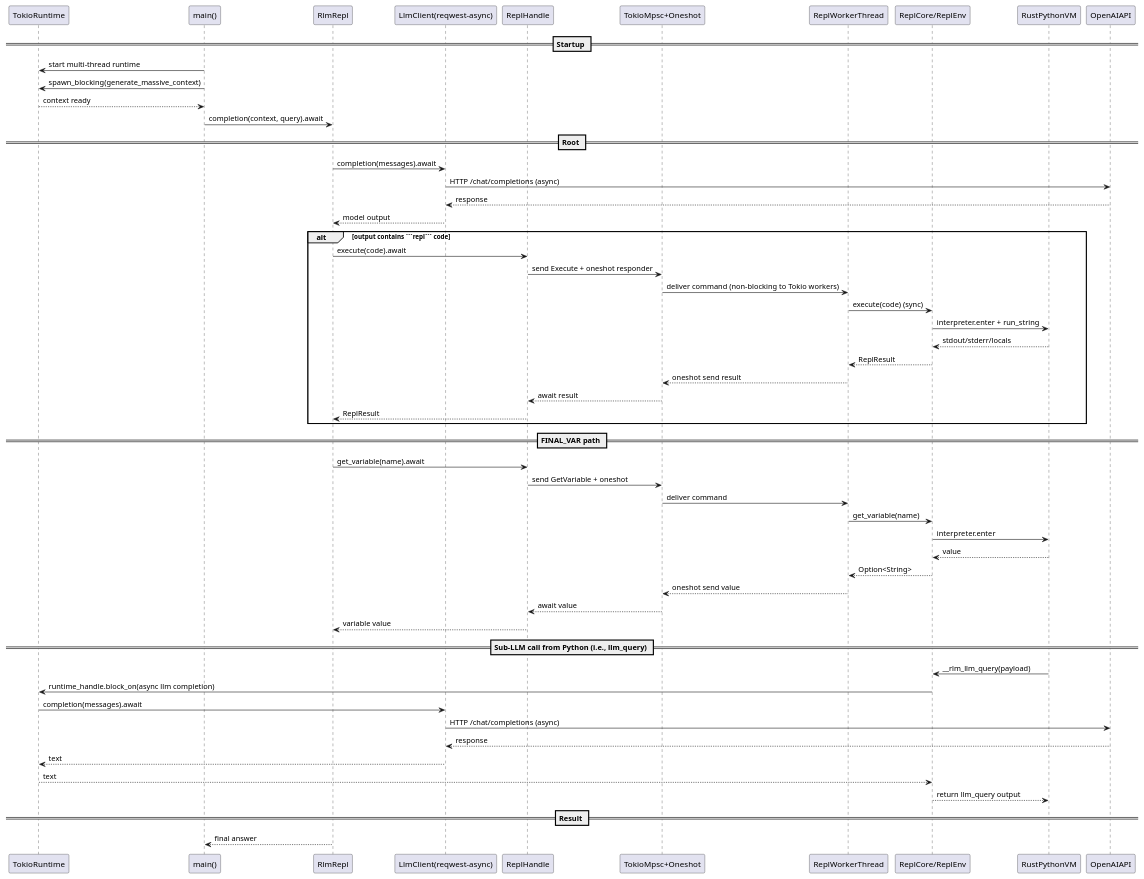
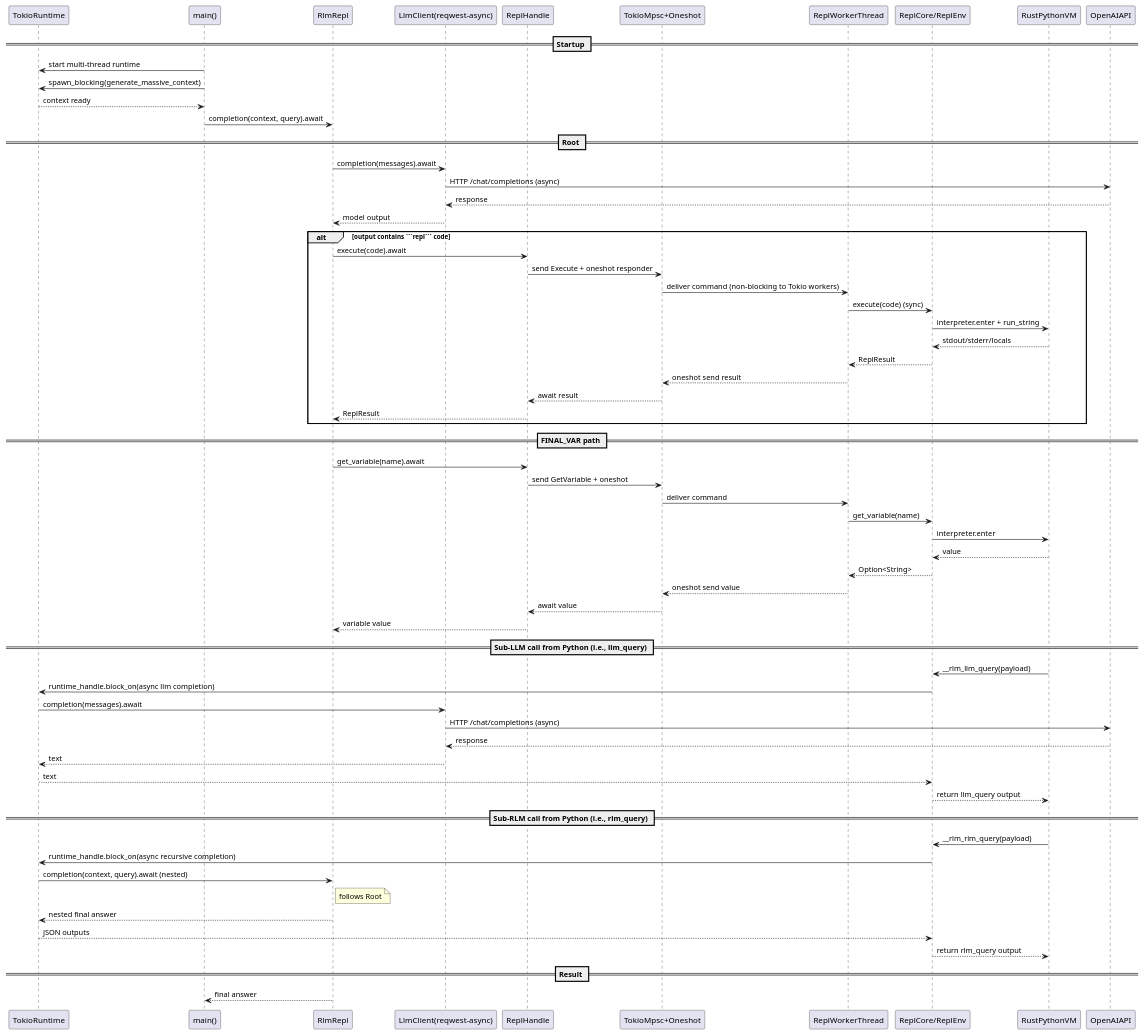
One commit to andrewhinh/rlm-rs changed the diagram in assets/uml/async.puml. Above: the diagram before and after it, drawn with PlantUML. The commit also changed 14 other files, not shown here.

````diff
--- a/assets/uml/async.puml
+++ b/assets/uml/async.puml
@@ -1,63 +1,74 @@
 @startuml
 participant "TokioRuntime" as Tokio
 participant "main()" as Main
 participant "RlmRepl" as Rlm
 participant "LlmClient(reqwest-async)" as Llm
 participant "ReplHandle" as Handle
 participant "TokioMpsc+Oneshot" as Chan
 participant "ReplWorkerThread" as Worker
 participant "ReplCore/ReplEnv" as Core
 participant "RustPythonVM" as Py
 participant "OpenAIAPI" as Api
 
 == Startup ==
 Main -> Tokio: start multi-thread runtime
 Main -> Tokio: spawn_blocking(generate_massive_context)
 Tokio --> Main: context ready
 Main -> Rlm: completion(context, query).await
 
 == Root ==
 Rlm -> Llm: completion(messages).await
 Llm -> Api: HTTP /chat/completions (async)
 Api --> Llm: response
 Llm --> Rlm: model output
 
 alt output contains ```repl``` code
   Rlm -> Handle: execute(code).await
   Handle -> Chan: send Execute + oneshot responder
   Chan -> Worker: deliver command (non-blocking to Tokio workers)
   Worker -> Core: execute(code) (sync)
   Core -> Py: interpreter.enter + run_string
   Py --> Core: stdout/stderr/locals
   Core --> Worker: ReplResult
   Worker --> Chan: oneshot send result
   Chan --> Handle: await result
   Handle --> Rlm: ReplResult
 end
 
 == FINAL_VAR path ==
 Rlm -> Handle: get_variable(name).await
 Handle -> Chan: send GetVariable + oneshot
 Chan -> Worker: deliver command
 Worker -> Core: get_variable(name)
 Core -> Py: interpreter.enter
 Py --> Core: value
 Core --> Worker: Option<String>
 Worker --> Chan: oneshot send value
 Chan --> Handle: await value
 Handle --> Rlm: variable value
 
 == Sub-LLM call from Python (i.e., llm_query) ==
 Py -> Core: __rlm_llm_query(payload)
 Core -> Tokio: runtime_handle.block_on(async llm completion)
 Tokio -> Llm: completion(messages).await
 Llm -> Api: HTTP /chat/completions (async)
 Api --> Llm: response
 Llm --> Tokio: text
 Tokio --> Core: text
 Core --> Py: return llm_query output
 
+== Sub-RLM call from Python (i.e., rlm_query) ==
+Py -> Core: __rlm_rlm_query(payload)
+Core -> Tokio: runtime_handle.block_on(async recursive completion)
+Tokio -> Rlm: completion(context, query).await (nested)
+note right of Rlm
+  follows Root
+end note
+Rlm --> Tokio: nested final answer
+Tokio --> Core: JSON outputs
+Core --> Py: return rlm_query output
+
 == Result ==
 Rlm --> Main: final answer
 
 @enduml
````
